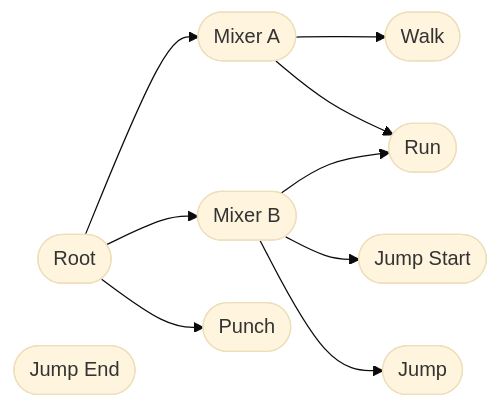
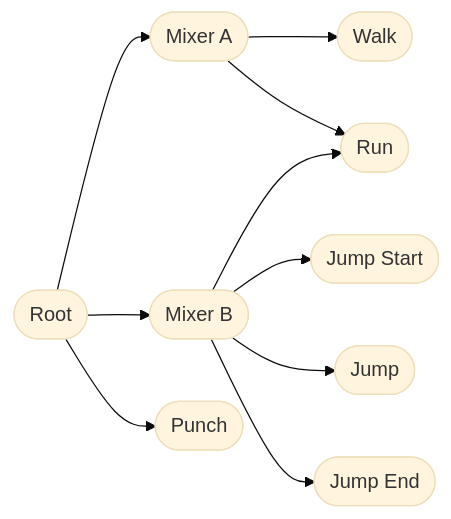
The diagram in rfcs/51-animation-composition.md (bevyengine/rfcs), drawn with Mermaid (base theme) before and after one commit.

Commit message:
Add missing link

````diff
--- a/rfcs/51-animation-composition.md
+++ b/rfcs/51-animation-composition.md
@@ -108,20 +108,21 @@
 ```mermaid
 flowchart LR
   root([Root])
   mixerA([Mixer A])
   mixerB([Mixer B])
   clip01([Walk])
   clip02([Run])
   clip03([Jump Start])
   clip04([Jump])
   clip05([Jump End])
   clip06([Punch])
   root-->mixerA
   root-->mixerB
   root-->clip06
   mixerA-->clip01
   mixerA-->clip02
   mixerB-->clip02
   mixerB-->clip03
   mixerB-->clip04
+  mixerB-->clip05
 ```
````
